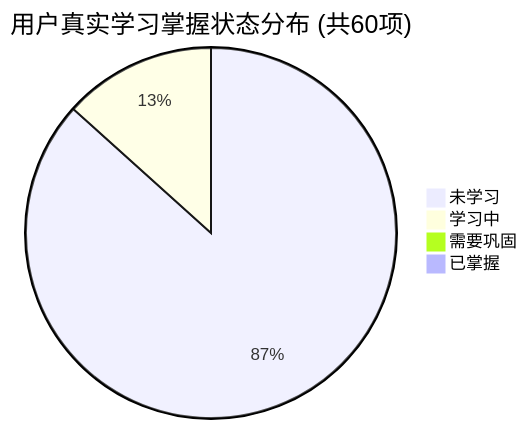
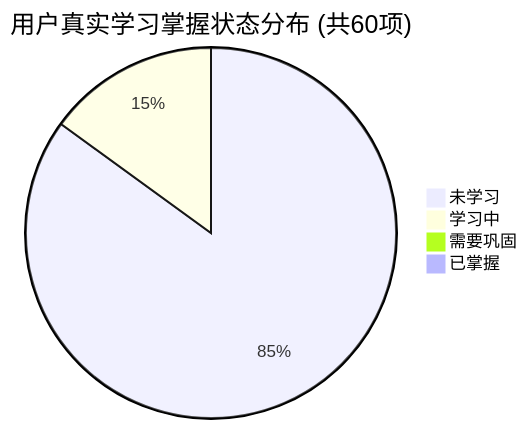
Before and after one commit to tieke1121/tech-interview-knowledge-base: the first of 2 diagrams in PROGRESS.md, drawn with Mermaid. The commit also changed other lines of this file and 1 other file, not shown here.

````diff
--- a/PROGRESS.md
+++ b/PROGRESS.md
@@ -27,7 +27,7 @@
 ```mermaid
 pie title 用户真实学习掌握状态分布 (共60项)
-    "未学习" : 52
-    "学习中" : 8
+    "未学习" : 51
+    "学习中" : 9
     "需要巩固" : 0
     "已掌握" : 0
 ```
````
